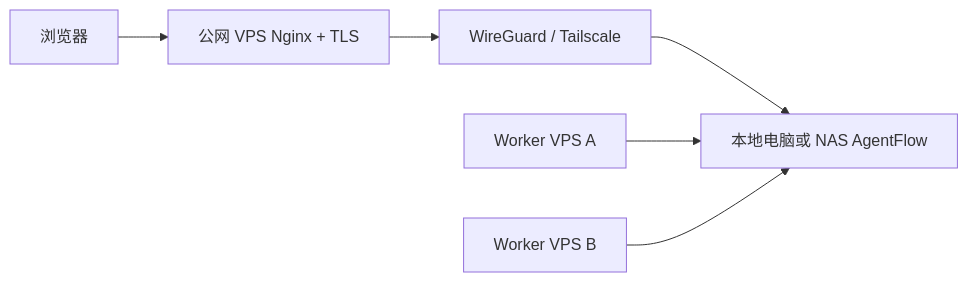
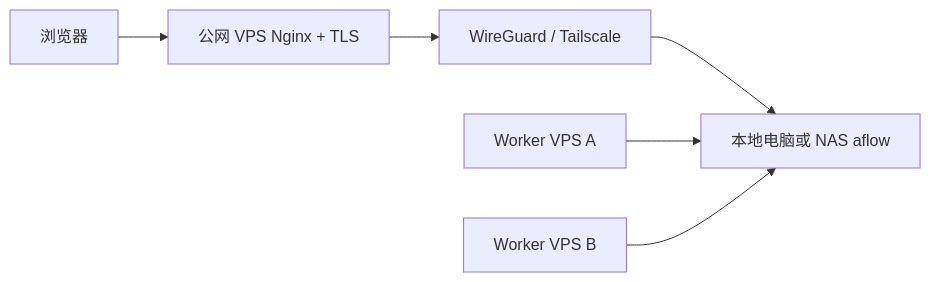
Before and after one commit to chiga0/aflow: the second of 2 diagrams in docs/implementation/local-nas-control-plane-deployment.md, drawn with Mermaid. The commit also changed other lines of this file and 42 other files, not shown here.

````diff
--- a/docs/implementation/local-nas-control-plane-deployment.md
+++ b/docs/implementation/local-nas-control-plane-deployment.md
@@ -22,8 +22,8 @@
 ```mermaid
 flowchart LR
   User["浏览器"] --> VpsNginx["公网 VPS Nginx + TLS"]
   VpsNginx --> VPN["WireGuard / Tailscale"]
-  VPN --> Control["本地电脑或 NAS AgentFlow"]
+  VPN --> Control["本地电脑或 NAS aflow"]
   Worker1["Worker VPS A"] --> Control
   Worker2["Worker VPS B"] --> Control
 ```
````
